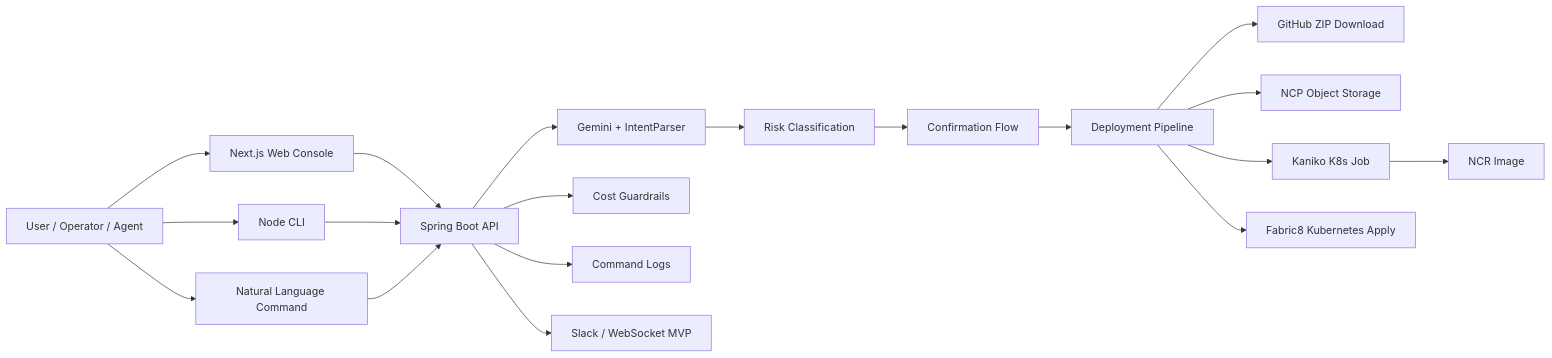
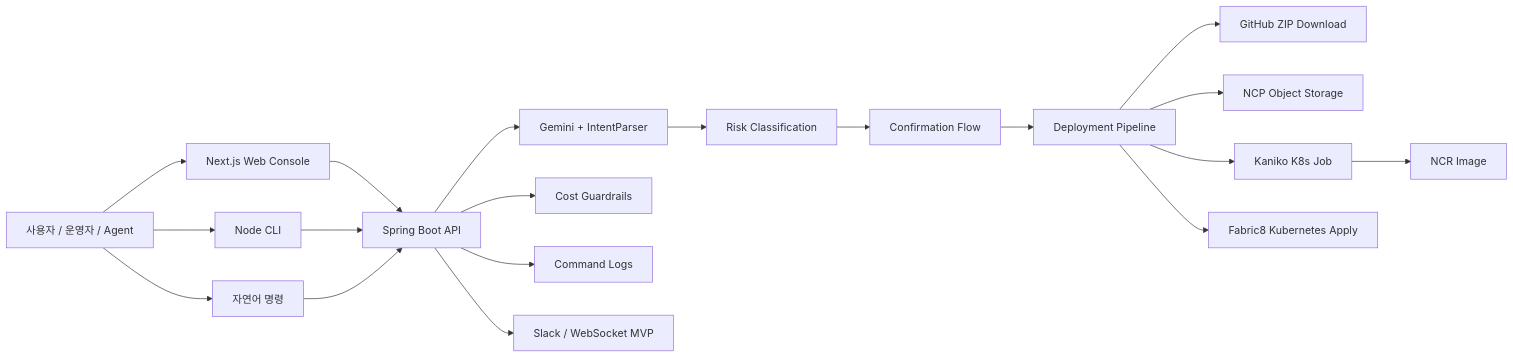
The diagram in README.md (kjhyeon0620/K-Le-PaaS-Backend), drawn with Mermaid before and after one commit. The commit also changed other lines of this file and 2 other files, not shown here.

````diff
--- a/README.md
+++ b/README.md
@@ -55,21 +55,21 @@
 ```mermaid
 flowchart LR
-    User["User / Operator / Agent"] --> Web["Next.js Web Console"]
+    User["사용자 / 운영자 / Agent"] --> Web["Next.js Web Console"]
     User --> CLI["Node CLI"]
-    User --> NLP["Natural Language Command"]
+    User --> NLP["자연어 명령"]
     Web --> API["Spring Boot API"]
     CLI --> API
     NLP --> API
     API --> Parser["Gemini + IntentParser"]
     Parser --> Risk["Risk Classification"]
     Risk --> Confirm["Confirmation Flow"]
     Confirm --> Deploy["Deployment Pipeline"]
     Deploy --> Source["GitHub ZIP Download"]
     Deploy --> ObjectStorage["NCP Object Storage"]
     Deploy --> Kaniko["Kaniko K8s Job"]
     Kaniko --> NCR["NCR Image"]
     Deploy --> K8s["Fabric8 Kubernetes Apply"]
     API --> Cost["Cost Guardrails"]
     API --> Audit["Command Logs"]
     API --> Notify["Slack / WebSocket MVP"]
 ```
````
